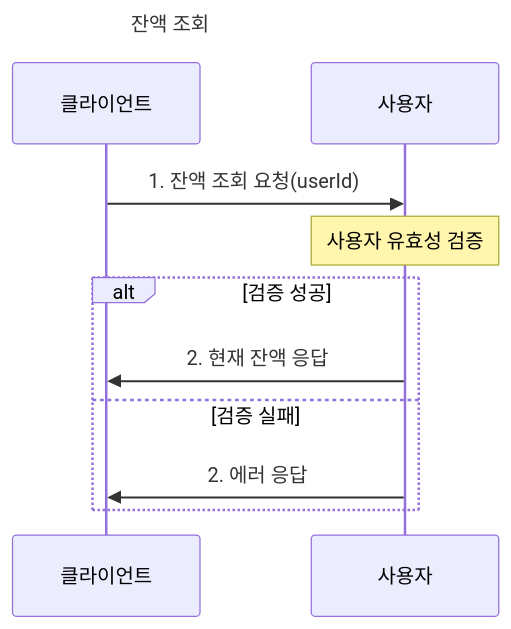
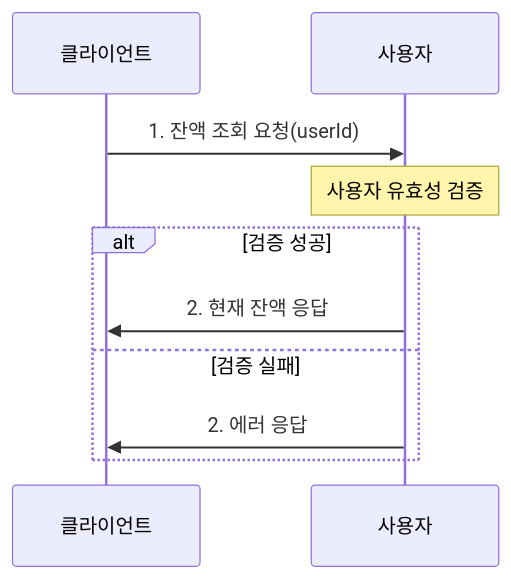
Before and after one commit to ynyejn/lecture-manage-system: the second of 11 diagrams in test.md, drawn with Mermaid. The commit also changed other lines of this file, not shown here.

````diff
--- a/test.md
+++ b/test.md
@@ -25,15 +24,14 @@
 ```mermaid
 sequenceDiagram
-    title: 잔액 조회
     participant Client as 클라이언트
     participant UserSystem as 사용자
     
     Client->>UserSystem: 1. 잔액 조회 요청(userId)
     Note over UserSystem: 사용자 유효성 검증
     
     alt 검증 성공
         UserSystem->>Client: 2. 현재 잔액 응답
     else 검증 실패
         UserSystem->>Client: 2. 에러 응답
     end
 ```
````
